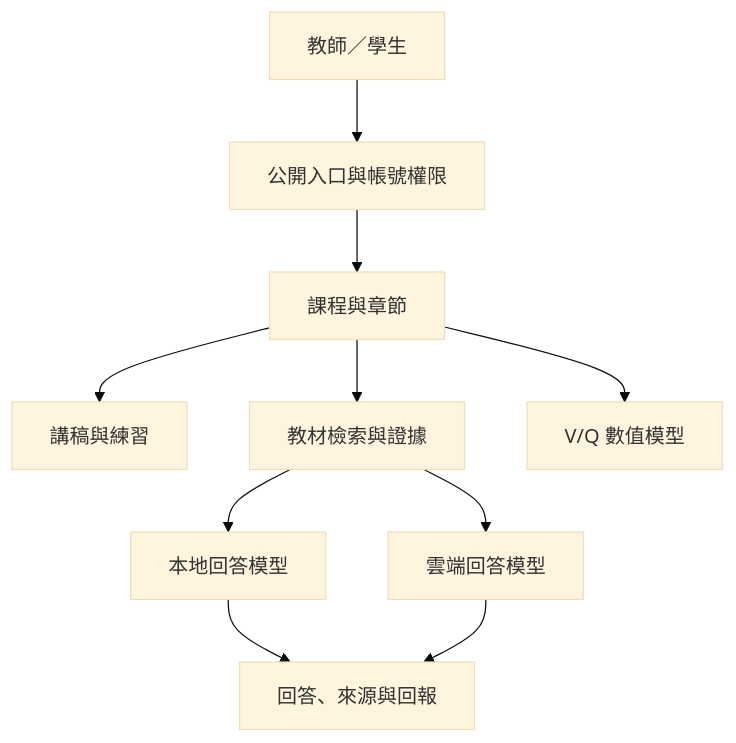
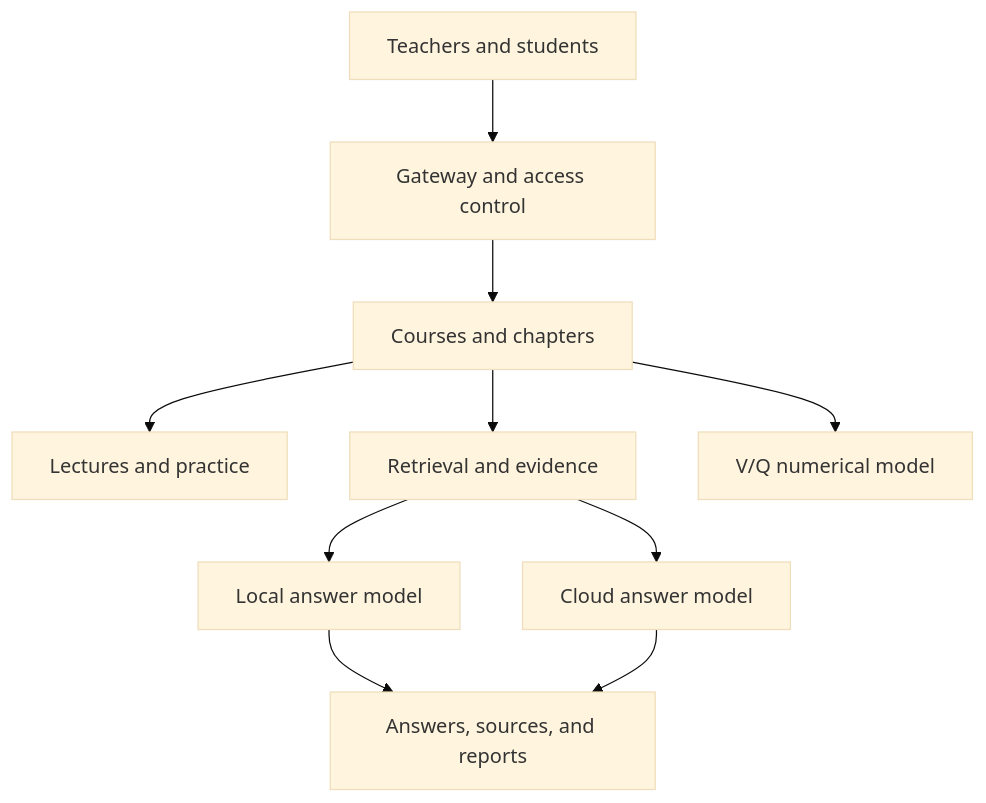
The diagram in README.md (Wayne59882/NTU-LUNGTA), drawn with Mermaid (base theme) before and after one commit. The commit also changed other lines of this file and 32 other files, not shown here.

````diff
--- a/README.md
+++ b/README.md
@@ -141,12 +285,12 @@
 ```mermaid
 flowchart TD
-    U["教師／學生"] --> W["公開入口與帳號權限"]
-    W --> C["課程與章節"]
-    C --> T["講稿與練習"]
-    C --> R["教材檢索與證據"]
-    C --> V["V/Q 數值模型"]
-    R --> L["本地回答模型"]
-    R --> K["雲端回答模型"]
-    L --> A["回答、來源與回報"]
+    U["Teachers and students"] --> W["Gateway and access control"]
+    W --> C["Courses and chapters"]
+    C --> T["Lectures and practice"]
+    C --> R["Retrieval and evidence"]
+    C --> V["V/Q numerical model"]
+    R --> L["Local answer model"]
+    R --> K["Cloud answer model"]
+    L --> A["Answers, sources, and reports"]
     K --> A
 ```
````
